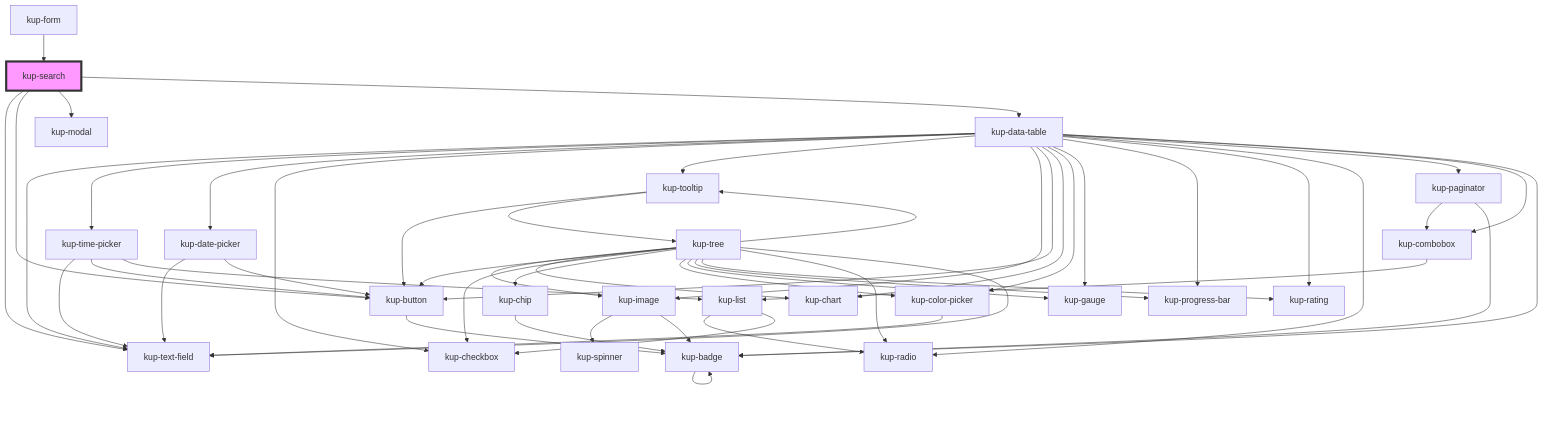
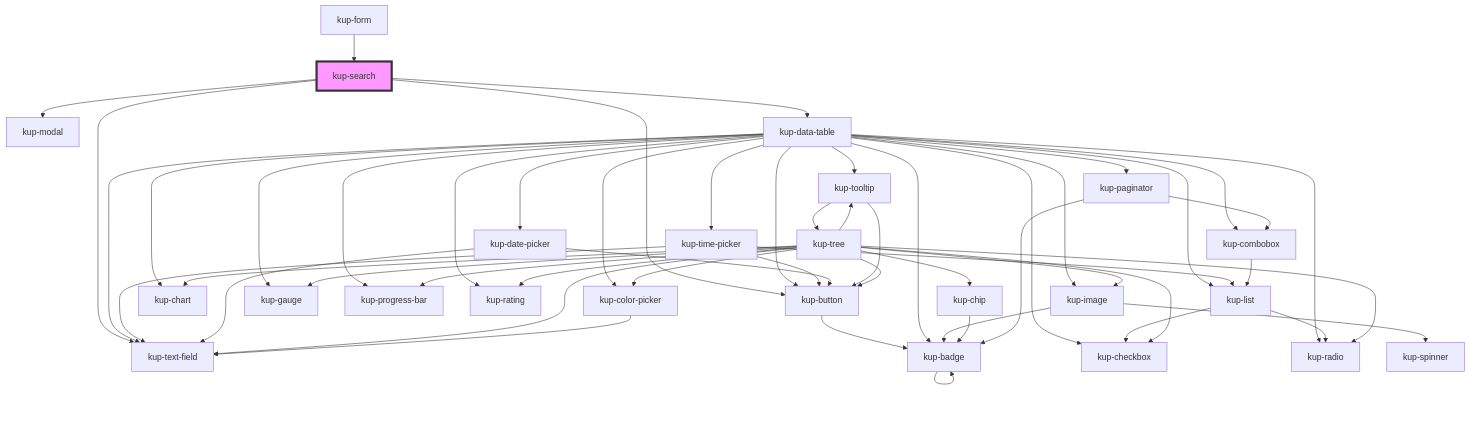
One commit to smeup/ketchup changed the diagram in packages/ketchup/src/components/kup-search/readme.md. Above: the diagram before and after it, drawn with Mermaid. The commit also changed 7 other files, not shown here.

````diff
--- a/packages/ketchup/src/components/kup-search/readme.md
+++ b/packages/ketchup/src/components/kup-search/readme.md
@@ -43,55 +43,56 @@
 ```mermaid
 graph TD;
   kup-search --> kup-text-field
   kup-search --> kup-button
   kup-search --> kup-modal
   kup-search --> kup-data-table
   kup-button --> kup-badge
   kup-badge --> kup-badge
   kup-data-table --> kup-text-field
   kup-data-table --> kup-time-picker
   kup-data-table --> kup-date-picker
   kup-data-table --> kup-checkbox
   kup-data-table --> kup-tooltip
+  kup-data-table --> kup-list
   kup-data-table --> kup-image
   kup-data-table --> kup-button
   kup-data-table --> kup-chart
   kup-data-table --> kup-color-picker
   kup-data-table --> kup-gauge
   kup-data-table --> kup-progress-bar
   kup-data-table --> kup-rating
   kup-data-table --> kup-radio
   kup-data-table --> kup-paginator
   kup-data-table --> kup-combobox
   kup-data-table --> kup-badge
   kup-time-picker --> kup-text-field
   kup-time-picker --> kup-button
   kup-time-picker --> kup-list
   kup-list --> kup-radio
   kup-list --> kup-checkbox
   kup-date-picker --> kup-text-field
   kup-date-picker --> kup-button
   kup-tooltip --> kup-button
   kup-tooltip --> kup-tree
   kup-tree --> kup-image
   kup-tree --> kup-button
   kup-tree --> kup-chart
   kup-tree --> kup-checkbox
   kup-tree --> kup-chip
   kup-tree --> kup-color-picker
   kup-tree --> kup-gauge
   kup-tree --> kup-progress-bar
   kup-tree --> kup-rating
   kup-tree --> kup-radio
   kup-tree --> kup-tooltip
   kup-tree --> kup-text-field
   kup-image --> kup-spinner
   kup-image --> kup-badge
   kup-chip --> kup-badge
   kup-color-picker --> kup-text-field
   kup-paginator --> kup-combobox
   kup-paginator --> kup-badge
   kup-combobox --> kup-list
   kup-form --> kup-search
   style kup-search fill:#f9f,stroke:#333,stroke-width:4px
 ```
````
